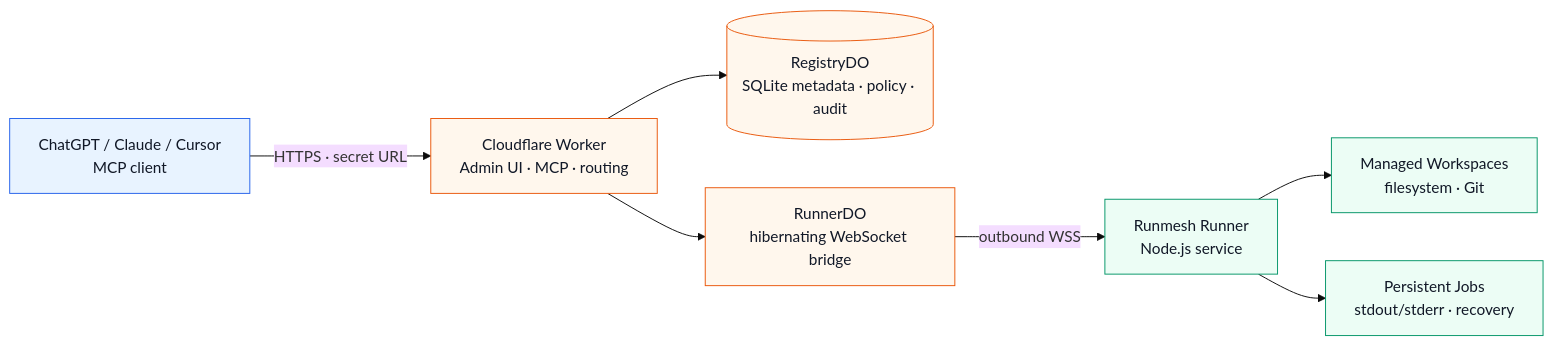
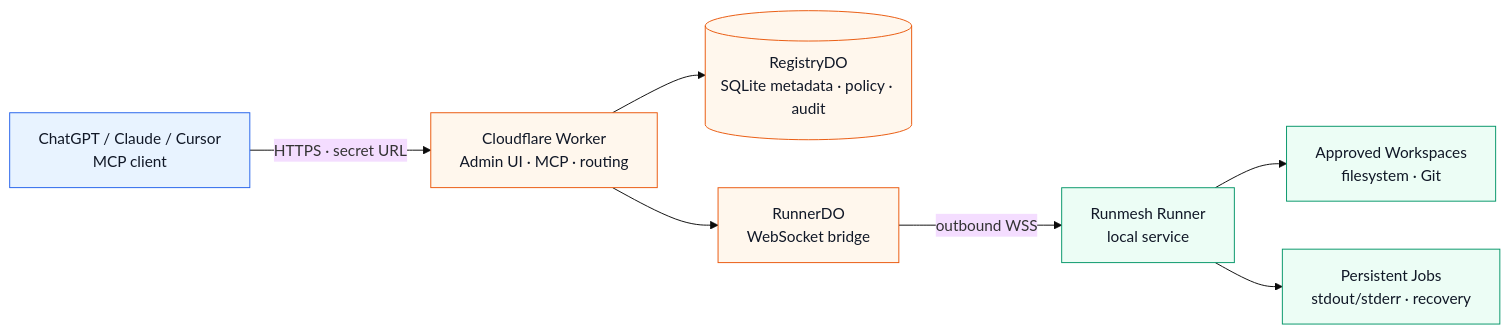
Before and after one commit to aloneio/runmesh: the diagram in README.md, drawn with Mermaid (base theme). The commit also changed other lines of this file and 1 other file, not shown here.

````diff
--- a/README.md
+++ b/README.md
@@ -63,16 +84,16 @@
 ```mermaid
 flowchart LR
     Client["ChatGPT / Claude / Cursor<br/>MCP client"] -->|HTTPS · secret URL| Worker["Cloudflare Worker<br/>Admin UI · MCP · routing"]
     Worker --> Registry[("RegistryDO<br/>SQLite metadata · policy · audit")]
-    Worker --> RunnerDO["RunnerDO<br/>hibernating WebSocket bridge"]
-    RunnerDO -->|outbound WSS| Runner["Runmesh Runner<br/>Node.js service"]
-    Runner --> Workspace["Managed Workspaces<br/>filesystem · Git"]
+    Worker --> RunnerDO["RunnerDO<br/>WebSocket bridge"]
+    RunnerDO -->|outbound WSS| Runner["Runmesh Runner<br/>local service"]
+    Runner --> Workspace["Approved Workspaces<br/>filesystem · Git"]
     Runner --> Jobs["Persistent Jobs<br/>stdout/stderr · recovery"]
 
     classDef edge fill:#e8f3ff,stroke:#2563eb,color:#111827
     classDef control fill:#fff7ed,stroke:#ea580c,color:#111827
     classDef local fill:#ecfdf5,stroke:#059669,color:#111827
     class Client edge
     class Worker,Registry,RunnerDO control
     class Runner,Workspace,Jobs local
 ```
````
